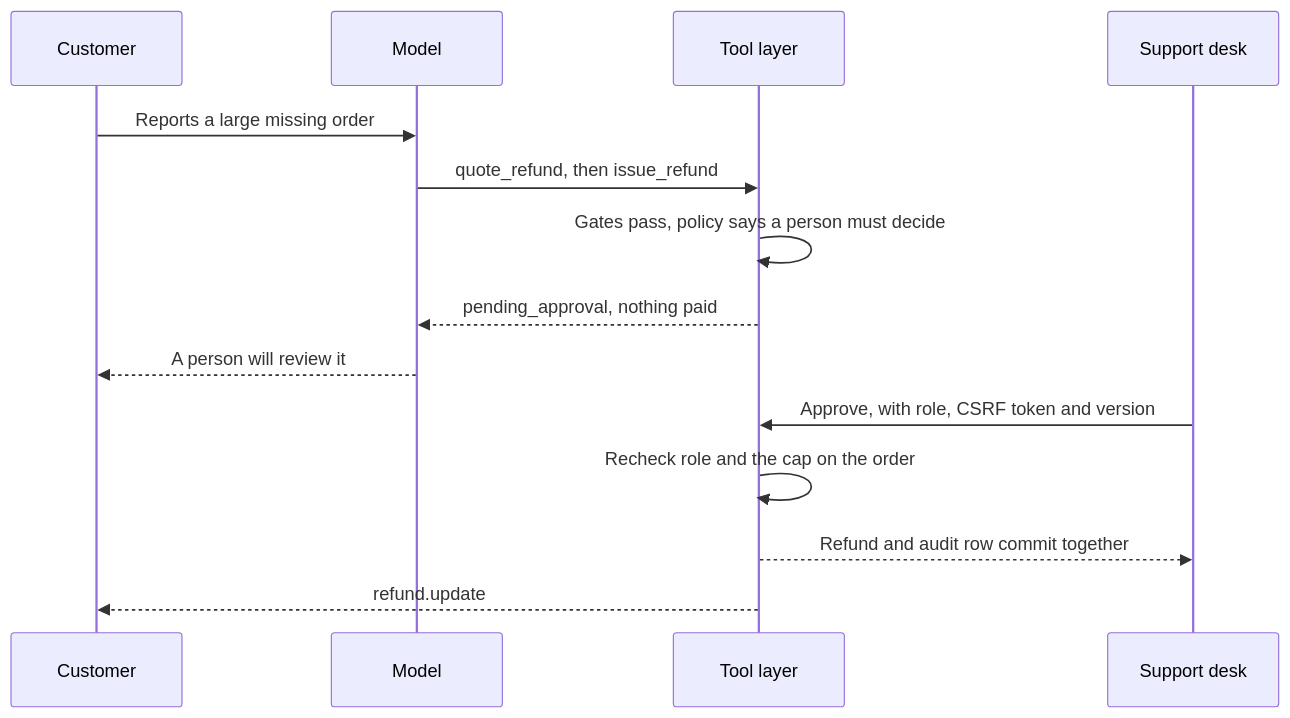
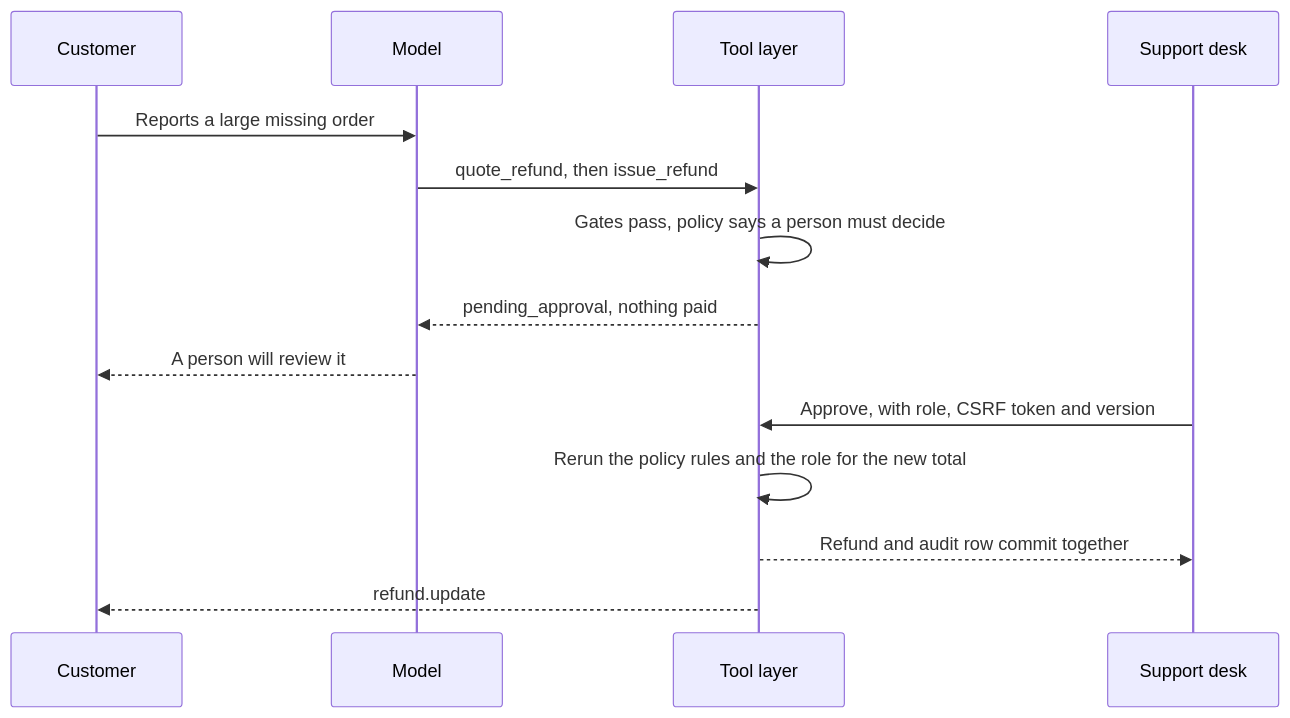
The diagram in docs/security.md (Ifazawezk/jalboot), drawn with Mermaid before and after one commit. The commit also changed other lines of this file and 3 other files, not shown here.

````diff
--- a/docs/security.md
+++ b/docs/security.md
@@ -82,16 +82,16 @@
 ```mermaid
 sequenceDiagram
   participant C as Customer
   participant M as Model
   participant T as Tool layer
   participant D as Support desk
   C->>M: Reports a large missing order
   M->>T: quote_refund, then issue_refund
   T->>T: Gates pass, policy says a person must decide
   T-->>M: pending_approval, nothing paid
   M-->>C: A person will review it
   D->>T: Approve, with role, CSRF token and version
-  T->>T: Recheck role and the cap on the order
+  T->>T: Rerun the policy rules and the role for the new total
   T-->>D: Refund and audit row commit together
   T-->>C: refund.update
 ```
````
